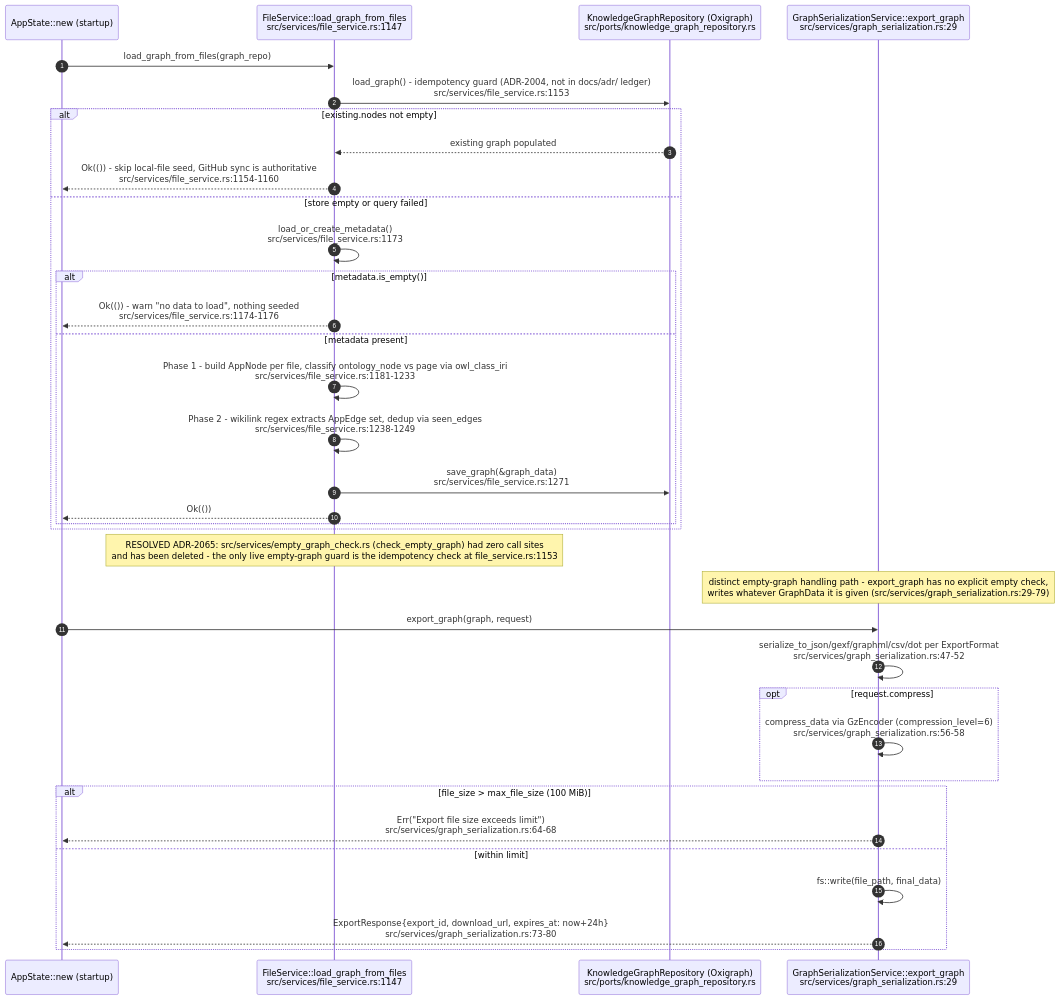
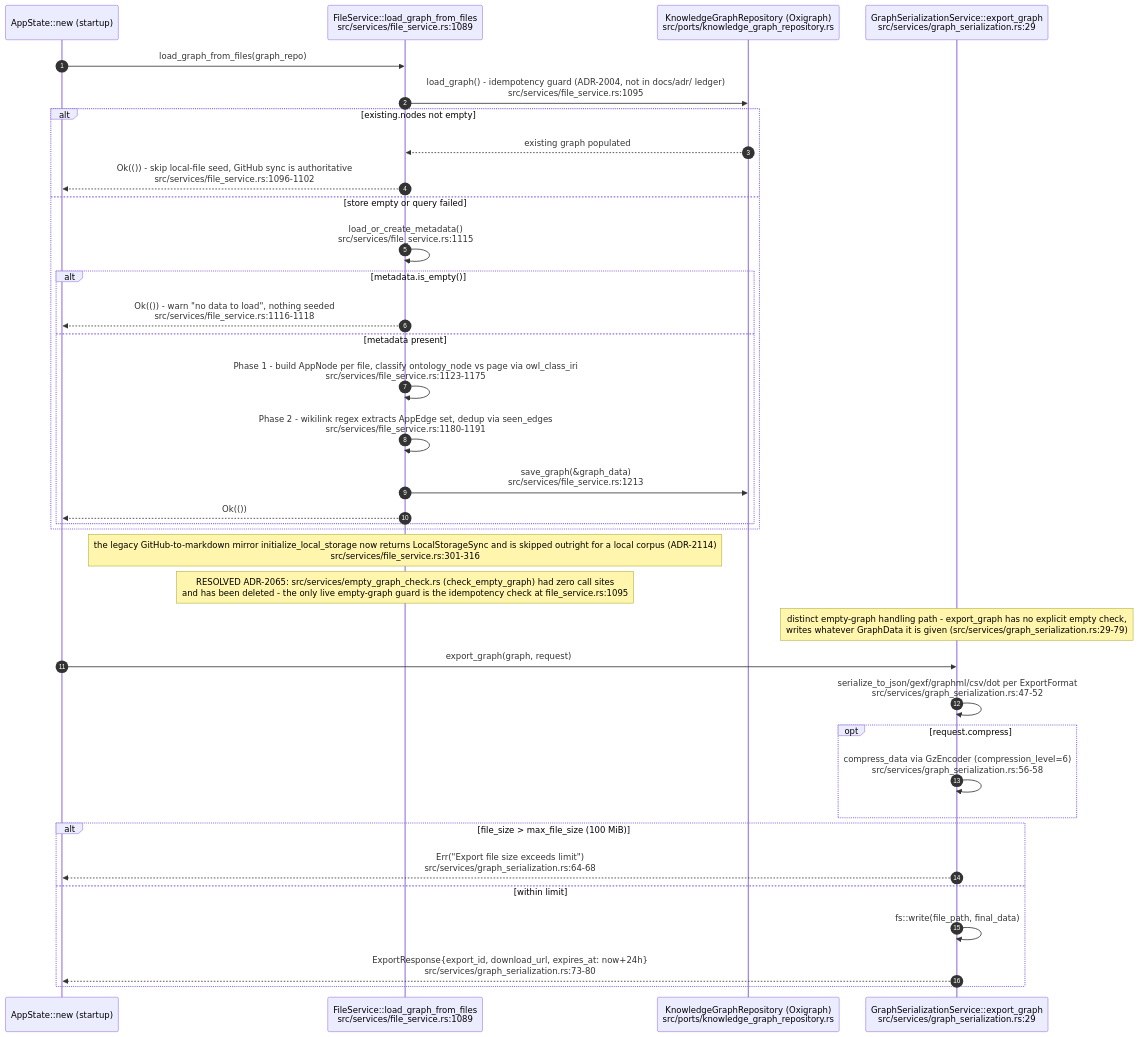
Before and after one commit to DreamLab-AI/VisionFlow: diagram 11 of 11 in docs/diagrams/visionclaw/25-insight-kpi-nlq-semantics.md, drawn with Mermaid. The commit also changed other lines of this file and 160 other files, not shown here.

````diff
--- a/docs/diagrams/visionclaw/25-insight-kpi-nlq-semantics.md
+++ b/docs/diagrams/visionclaw/25-insight-kpi-nlq-semantics.md
@@ -428,40 +436,41 @@
 ```mermaid
 sequenceDiagram
     autonumber
     participant Boot as AppState::new (startup)
-    participant FS as FileService::load_graph_from_files<br/>src/services/file_service.rs:1147
+    participant FS as FileService::load_graph_from_files<br/>src/services/file_service.rs:1089
     participant Repo as KnowledgeGraphRepository (Oxigraph)<br/>src/ports/knowledge_graph_repository.rs
     participant GSS as GraphSerializationService::export_graph<br/>src/services/graph_serialization.rs:29
 
     Boot->>FS: load_graph_from_files(graph_repo)
-    FS->>Repo: load_graph() - idempotency guard (ADR-2004, not in docs/adr/ ledger)<br/>src/services/file_service.rs:1153
+    FS->>Repo: load_graph() - idempotency guard (ADR-2004, not in docs/adr/ ledger)<br/>src/services/file_service.rs:1095
     alt existing.nodes not empty
         Repo-->>FS: existing graph populated
-        FS-->>Boot: Ok(()) - skip local-file seed, GitHub sync is authoritative<br/>src/services/file_service.rs:1154-1160
+        FS-->>Boot: Ok(()) - skip local-file seed, GitHub sync is authoritative<br/>src/services/file_service.rs:1096-1102
     else store empty or query failed
-        FS->>FS: load_or_create_metadata()<br/>src/services/file_service.rs:1173
+        FS->>FS: load_or_create_metadata()<br/>src/services/file_service.rs:1115
         alt metadata.is_empty()
-            FS-->>Boot: Ok(()) - warn "no data to load", nothing seeded<br/>src/services/file_service.rs:1174-1176
+            FS-->>Boot: Ok(()) - warn "no data to load", nothing seeded<br/>src/services/file_service.rs:1116-1118
         else metadata present
-            FS->>FS: Phase 1 - build AppNode per file, classify ontology_node vs page via owl_class_iri<br/>src/services/file_service.rs:1181-1233
-            FS->>FS: Phase 2 - wikilink regex extracts AppEdge set, dedup via seen_edges<br/>src/services/file_service.rs:1238-1249
-            FS->>Repo: save_graph(&graph_data)<br/>src/services/file_service.rs:1271
+            FS->>FS: Phase 1 - build AppNode per file, classify ontology_node vs page via owl_class_iri<br/>src/services/file_service.rs:1123-1175
+            FS->>FS: Phase 2 - wikilink regex extracts AppEdge set, dedup via seen_edges<br/>src/services/file_service.rs:1180-1191
+            FS->>Repo: save_graph(&graph_data)<br/>src/services/file_service.rs:1213
             FS-->>Boot: Ok(())
         end
     end
 
-    Note over FS: RESOLVED ADR-2065: src/services/empty_graph_check.rs (check_empty_graph) had zero call sites<br/>and has been deleted - the only live empty-graph guard is the idempotency check at file_service.rs:1153
+    Note over FS: the legacy GitHub-to-markdown mirror initialize_local_storage now returns LocalStorageSync and is skipped outright for a local corpus (ADR-2114)<br/>src/services/file_service.rs:301-316
+    Note over FS: RESOLVED ADR-2065: src/services/empty_graph_check.rs (check_empty_graph) had zero call sites<br/>and has been deleted - the only live empty-graph guard is the idempotency check at file_service.rs:1095
 
     Note over GSS: distinct empty-graph handling path - export_graph has no explicit empty check,<br/>writes whatever GraphData it is given (src/services/graph_serialization.rs:29-79)
     Boot->>GSS: export_graph(graph, request)
     GSS->>GSS: serialize_to_json/gexf/graphml/csv/dot per ExportFormat<br/>src/services/graph_serialization.rs:47-52
     opt request.compress
         GSS->>GSS: compress_data via GzEncoder (compression_level=6)<br/>src/services/graph_serialization.rs:56-58
     end
     alt file_size > max_file_size (100 MiB)
         GSS-->>Boot: Err("Export file size exceeds limit")<br/>src/services/graph_serialization.rs:64-68
     else within limit
         GSS->>GSS: fs::write(file_path, final_data)
         GSS-->>Boot: ExportResponse{export_id, download_url, expires_at: now+24h}<br/>src/services/graph_serialization.rs:73-80
     end
 ```
````
